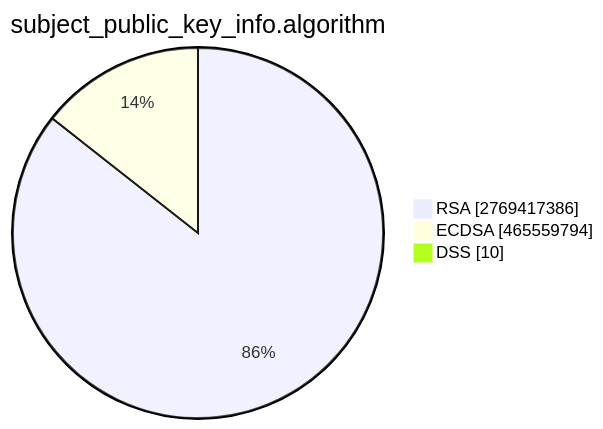
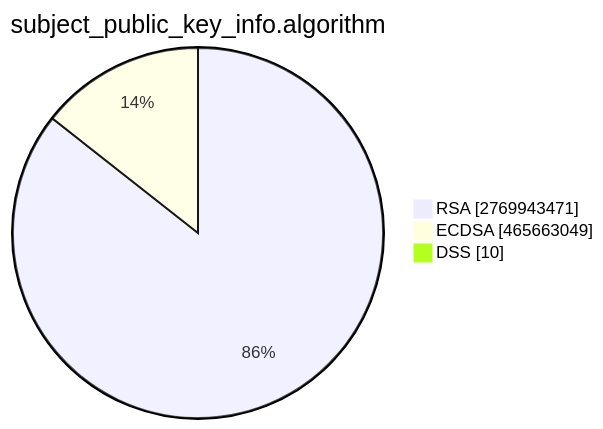
One commit to christiankrug/ctmonitor_visualization changed the second of 15 diagrams in TOTAL/README.md. Above: the diagram before and after it, drawn with Mermaid. The commit also changed other lines of this file, not shown here.

````diff
--- a/TOTAL/README.md
+++ b/TOTAL/README.md
@@ -6,7 +6,7 @@
 ```mermaid
 pie showData
 title subject_public_key_info.algorithm
-"RSA" :2769417386
-"ECDSA" :465559794
+"RSA" :2769943471
+"ECDSA" :465663049
 "DSS" :10
 ```
````
